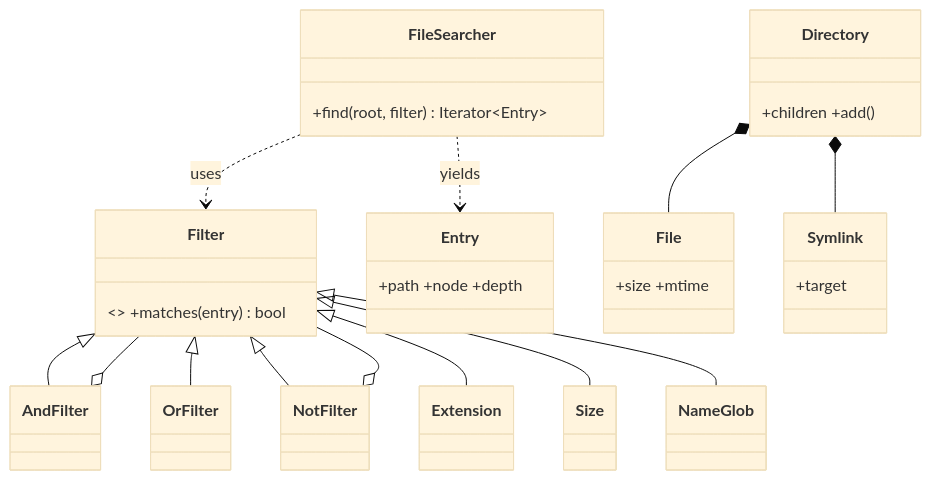
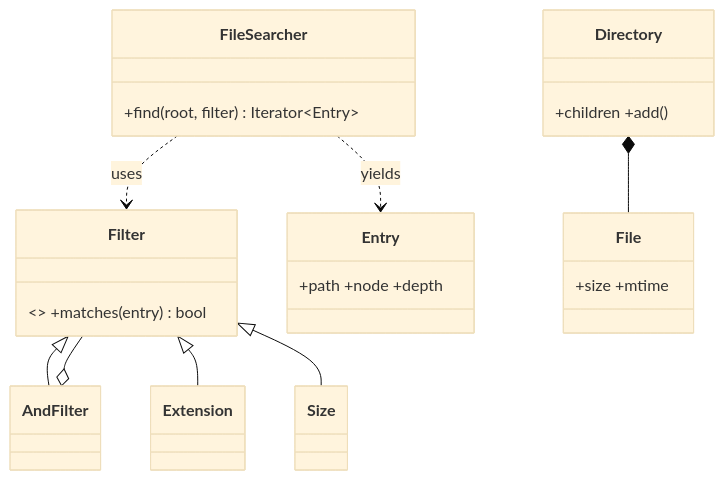
The diagram in vault/domains/low-level-design/readings/problems/solution-amz-linux-find.md (ChiChasesCheese/trellis), drawn with Mermaid (base theme) before and after one commit. The commit also changed other lines of this file and 69 other files, not shown here.

First line of the commit message:
Rewrite pass to WRITING_RULES: SD01-07, LLD amazon leaves 5-12, coding notes + cards; diagrams fit the page

````diff
--- a/vault/domains/low-level-design/readings/problems/solution-amz-linux-find.md
+++ b/vault/domains/low-level-design/readings/problems/solution-amz-linux-find.md
@@ -42,27 +38,18 @@
 ```mermaid
 classDiagram
     class Filter { <<abstract>> +matches(entry) bool }
     class AndFilter
-    class OrFilter
-    class NotFilter
     class Extension
     class Size
-    class NameGlob
     class FileSearcher { +find(root, filter) Iterator~Entry~ }
     class Entry { +path +node +depth }
     class Directory { +children +add() }
     class File { +size +mtime }
-    class Symlink { +target }
     Filter <|-- AndFilter
-    Filter <|-- OrFilter
-    Filter <|-- NotFilter
     Filter <|-- Extension
     Filter <|-- Size
-    Filter <|-- NameGlob
     AndFilter o-- Filter
-    NotFilter o-- Filter
     FileSearcher ..> Filter : uses
     FileSearcher ..> Entry : yields
     Directory *-- File
-    Directory *-- Symlink
 ```
````
